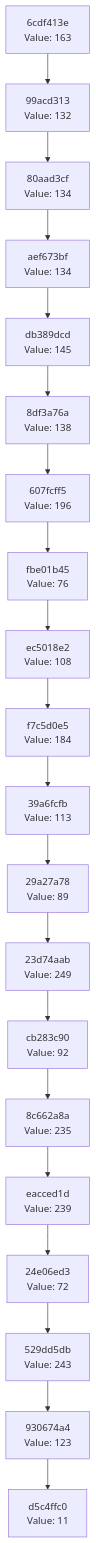
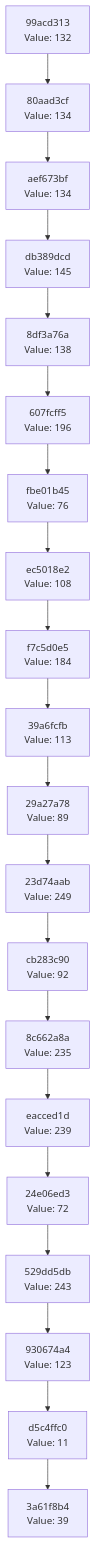
The diagram in docs/CHAIN_VISUALIZATION.md (Abhisheksinha1506/hash-chain-evolver), drawn with Mermaid before and after one commit. The commit also changed 2 other files, not shown here.

Commit message:
Evolution step: hash 0x27 → action executed

````diff
--- a/docs/CHAIN_VISUALIZATION.md
+++ b/docs/CHAIN_VISUALIZATION.md
@@ -3,42 +3,42 @@
 ```mermaid
 graph TD
-    C0["d5c4ffc0<br/>Value: 11"]
-    C1["930674a4<br/>Value: 123"]
+    C0["3a61f8b4<br/>Value: 39"]
+    C1["d5c4ffc0<br/>Value: 11"]
     C1 --> C0
-    C2["529dd5db<br/>Value: 243"]
+    C2["930674a4<br/>Value: 123"]
     C2 --> C1
-    C3["24e06ed3<br/>Value: 72"]
+    C3["529dd5db<br/>Value: 243"]
     C3 --> C2
-    C4["eacced1d<br/>Value: 239"]
+    C4["24e06ed3<br/>Value: 72"]
     C4 --> C3
-    C5["8c662a8a<br/>Value: 235"]
+    C5["eacced1d<br/>Value: 239"]
     C5 --> C4
-    C6["cb283c90<br/>Value: 92"]
+    C6["8c662a8a<br/>Value: 235"]
     C6 --> C5
-    C7["23d74aab<br/>Value: 249"]
+    C7["cb283c90<br/>Value: 92"]
     C7 --> C6
-    C8["29a27a78<br/>Value: 89"]
+    C8["23d74aab<br/>Value: 249"]
     C8 --> C7
-    C9["39a6fcfb<br/>Value: 113"]
+    C9["29a27a78<br/>Value: 89"]
     C9 --> C8
-    C10["f7c5d0e5<br/>Value: 184"]
+    C10["39a6fcfb<br/>Value: 113"]
     C10 --> C9
-    C11["ec5018e2<br/>Value: 108"]
+    C11["f7c5d0e5<br/>Value: 184"]
     C11 --> C10
-    C12["fbe01b45<br/>Value: 76"]
+    C12["ec5018e2<br/>Value: 108"]
     C12 --> C11
-    C13["607fcff5<br/>Value: 196"]
+    C13["fbe01b45<br/>Value: 76"]
     C13 --> C12
-    C14["8df3a76a<br/>Value: 138"]
+    C14["607fcff5<br/>Value: 196"]
     C14 --> C13
-    C15["db389dcd<br/>Value: 145"]
+    C15["8df3a76a<br/>Value: 138"]
     C15 --> C14
-    C16["aef673bf<br/>Value: 134"]
+    C16["db389dcd<br/>Value: 145"]
     C16 --> C15
-    C17["80aad3cf<br/>Value: 134"]
+    C17["aef673bf<br/>Value: 134"]
     C17 --> C16
-    C18["99acd313<br/>Value: 132"]
+    C18["80aad3cf<br/>Value: 134"]
     C18 --> C17
-    C19["6cdf413e<br/>Value: 163"]
+    C19["99acd313<br/>Value: 132"]
     C19 --> C18
 ```
````
